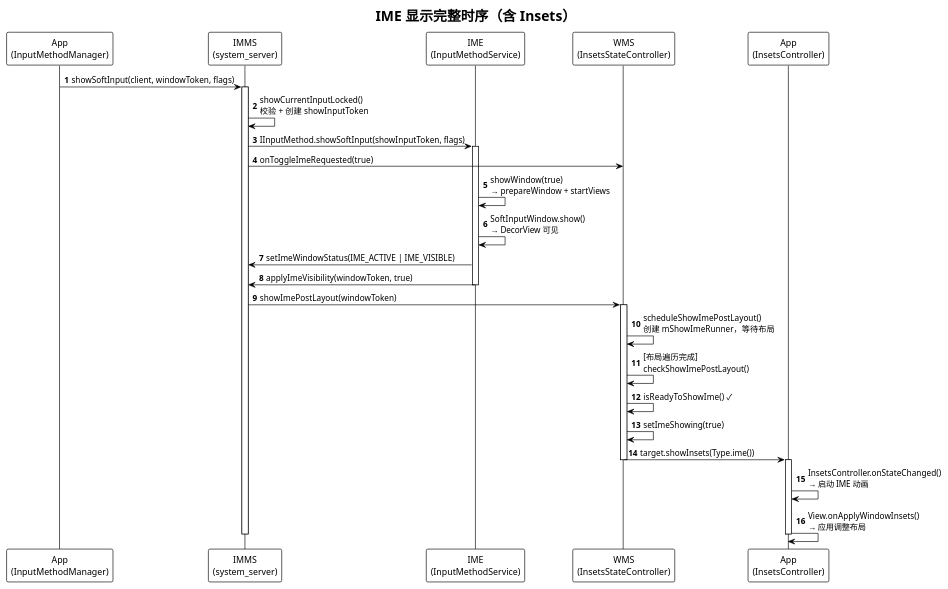
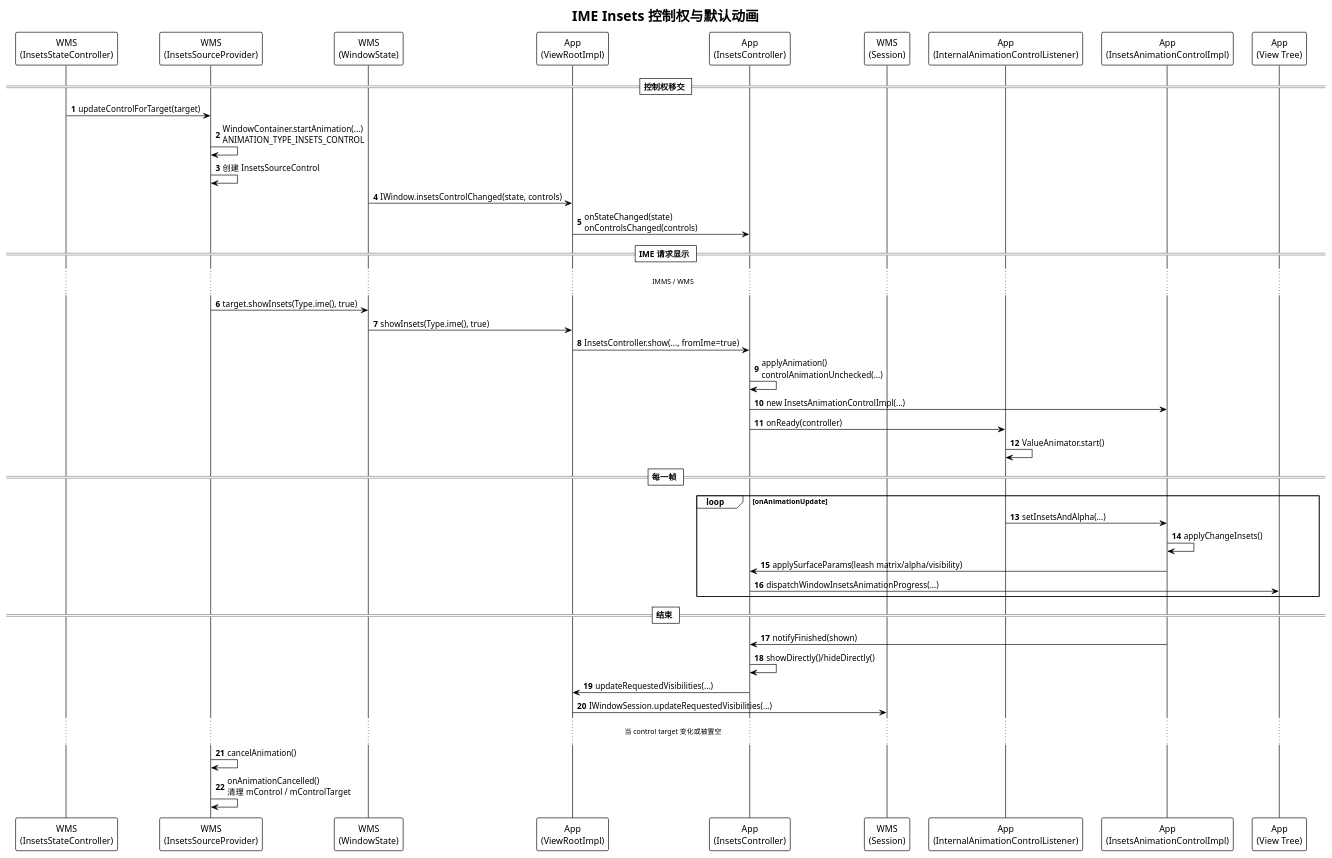
One commit to Ethen-Cao/ethenslab changed the fourth of 6 diagrams in content/android-dev/windowmanager/InputMethod.md. Above: the diagram before and after it, drawn with PlantUML. The commit also changed other lines of this file and 3 other files, not shown here.

````diff
--- a/content/android-dev/windowmanager/InputMethod.md
+++ b/content/android-dev/windowmanager/InputMethod.md
@@ -665,43 +968,52 @@
 ```plantuml
 @startuml
 !theme plain
-title IME 显示完整时序（含 Insets）
+title IME Insets 控制权与默认动画
 
-participant "App\n(InputMethodManager)" as App
-participant "IMMS\n(system_server)" as IMMS
-participant "IME\n(InputMethodService)" as IME
-participant "WMS\n(InsetsStateController)" as WMS
-participant "App\n(InsetsController)" as AppInsets
+participant "WMS\n(InsetsStateController)" as ISC
+participant "WMS\n(InsetsSourceProvider)" as ISP
+participant "WMS\n(WindowState)" as WS
+participant "App\n(ViewRootImpl)" as VRI
+participant "App\n(InsetsController)" as IC
+participant "WMS\n(Session)" as Session
+participant "App\n(InternalAnimationControlListener)" as Listener
+participant "App\n(InsetsAnimationControlImpl)" as Control
+participant "App\n(View Tree)" as View
 
 autonumber
 
-App -> IMMS: showSoftInput(client, windowToken, flags)
-activate IMMS
-IMMS -> IMMS: showCurrentInputLocked()\n校验 + 创建 showInputToken
-IMMS -> IME: IInputMethod.showSoftInput(showInputToken, flags)
-activate IME
-IMMS -> WMS: onToggleImeRequested(true)
+== 控制权移交 ==
+ISC -> ISP: updateControlForTarget(target)
+ISP -> ISP: WindowContainer.startAnimation(...)\nANIMATION_TYPE_INSETS_CONTROL
+ISP -> ISP: 创建 InsetsSourceControl
+WS -> VRI: IWindow.insetsControlChanged(state, controls)
+VRI -> IC: onStateChanged(state)\nonControlsChanged(controls)
 
-IME -> IME: showWindow(true)\n→ prepareWindow + startViews
-IME -> IME: SoftInputWindow.show()\n→ DecorView 可见
-IME -> IMMS: setImeWindowStatus(IME_ACTIVE | IME_VISIBLE)
-IME -> IMMS: applyImeVisibility(windowToken, true)
-deactivate IME
+== IME 请求显示 ==
+... IMMS / WMS ...
+ISP -> WS: target.showInsets(Type.ime(), true)
+WS -> VRI: showInsets(Type.ime(), true)
+VRI -> IC: InsetsController.show(..., fromIme=true)
+IC -> IC: applyAnimation()\ncontrolAnimationUnchecked(...)
+IC -> Control: new InsetsAnimationControlImpl(...)
+IC -> Listener: onReady(controller)
+Listener -> Listener: ValueAnimator.start()
 
-IMMS -> WMS: showImePostLayout(windowToken)
-activate WMS
-WMS -> WMS: scheduleShowImePostLayout()\n创建 mShowImeRunner，等待布局
-WMS -> WMS: [布局遍历完成]\ncheckShowImePostLayout()
-WMS -> WMS: isReadyToShowIme() ✓
-WMS -> WMS: setImeShowing(true)
-WMS -> AppInsets: target.showInsets(Type.ime())
-deactivate WMS
+== 每一帧 ==
+loop onAnimationUpdate
+    Listener -> Control: setInsetsAndAlpha(...)
+    Control -> Control: applyChangeInsets()
+    Control -> IC: applySurfaceParams(leash matrix/alpha/visibility)
+    IC -> View: dispatchWindowInsetsAnimationProgress(...)
+end
 
-activate AppInsets
-AppInsets -> AppInsets: InsetsController.onStateChanged()\n→ 启动 IME 动画
-AppInsets -> AppInsets: View.onApplyWindowInsets()\n→ 应用调整布局
-deactivate AppInsets
-deactivate IMMS
-
+== 结束 ==
+Control -> IC: notifyFinished(shown)
+IC -> IC: showDirectly()/hideDirectly()
+IC -> VRI: updateRequestedVisibilities(...)
+VRI -> Session: IWindowSession.updateRequestedVisibilities(...)
+... 当 control target 变化或被置空 ...
+ISP -> ISP: cancelAnimation()
+ISP -> ISP: onAnimationCancelled()\n清理 mControl / mControlTarget
 @enduml
 ```
````
